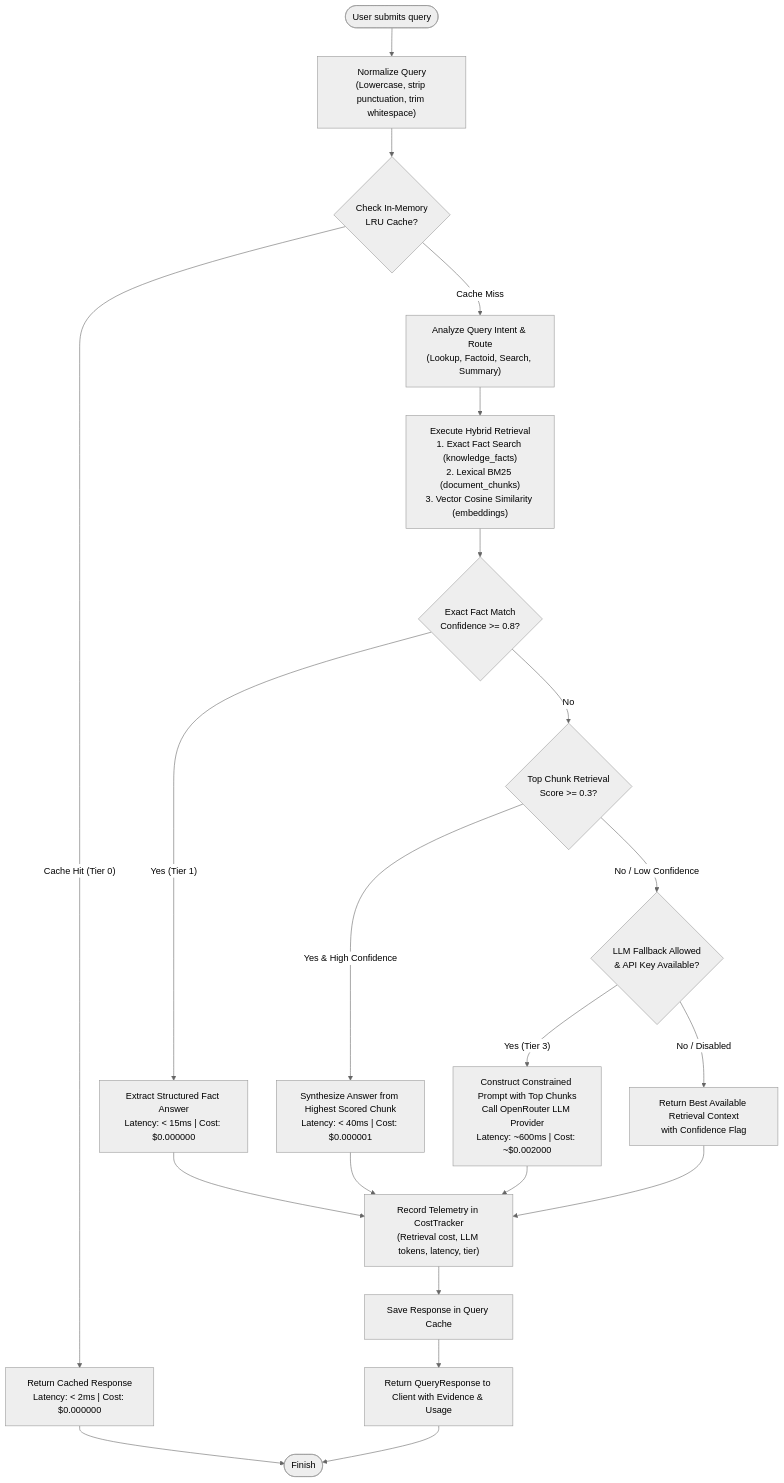
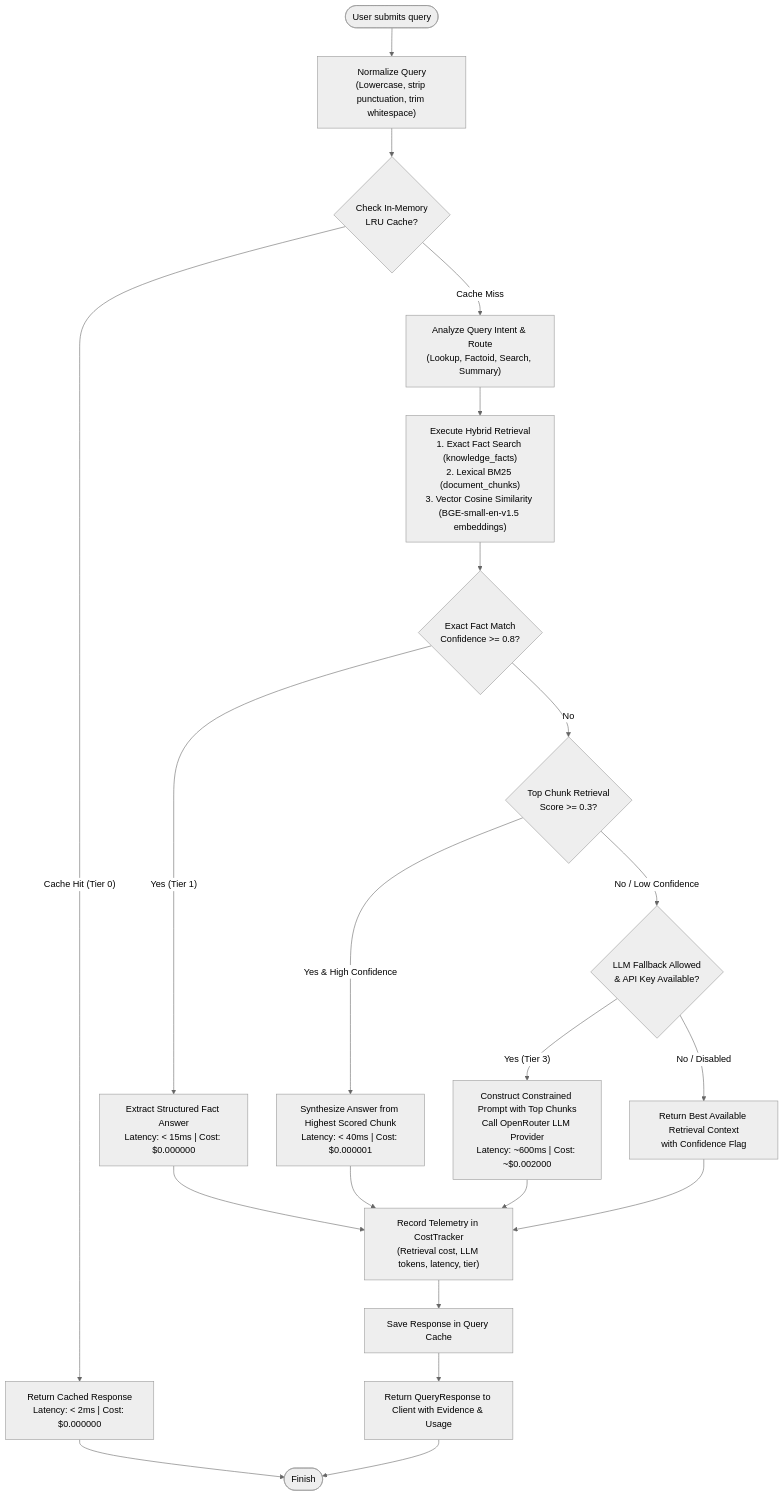
The second of 3 diagrams in flow.md (SONAWANE-SUSHANT/cost-aware-knowledge-engine), drawn with Mermaid (neutral theme) before and after one commit. The commit also changed other lines of this file and 14 other files, not shown here.

Commit message:
feat: add BAAI/bge-small-en-v1.5 embeddings, update documentation, and polish frontend UI

````diff
--- a/flow.md
+++ b/flow.md
@@ -74,35 +74,35 @@
 ```mermaid
 flowchart TD
     Start(["User submits query"]) --> Normalize["Normalize Query<br/>(Lowercase, strip punctuation, trim whitespace)"]
     Normalize --> CacheCheck{"Check In-Memory<br/>LRU Cache?"}
 
     %% Tier 0: Cache Hit
     CacheCheck -- "Cache Hit (Tier 0)" --> ReturnCache["Return Cached Response<br/>Latency: < 2ms | Cost: $0.000000"]
     ReturnCache --> End(["Finish"])
 
     %% Tier 1: Deterministic Fact Extraction
     CacheCheck -- "Cache Miss" --> AnalyzeRoute["Analyze Query Intent & Route<br/>(Lookup, Factoid, Search, Summary)"]
-    AnalyzeRoute --> Retrieve["Execute Hybrid Retrieval<br/>1. Exact Fact Search (knowledge_facts)<br/>2. Lexical BM25 (document_chunks)<br/>3. Vector Cosine Similarity (embeddings)"]
+    AnalyzeRoute --> Retrieve["Execute Hybrid Retrieval<br/>1. Exact Fact Search (knowledge_facts)<br/>2. Lexical BM25 (document_chunks)<br/>3. Vector Cosine Similarity (BGE-small-en-v1.5 embeddings)"]
     
     Retrieve --> Deterministic{"Exact Fact Match<br/>Confidence >= 0.8?"}
     Deterministic -- "Yes (Tier 1)" --> ExtractFact["Extract Structured Fact Answer<br/>Latency: < 15ms | Cost: $0.000000"]
     
     %% Tier 2: Hybrid Retrieval Selection
     Deterministic -- "No" --> ScoreRetrieved{"Top Chunk Retrieval<br/>Score >= 0.3?"}
     ScoreRetrieved -- "Yes & High Confidence" --> ExtractPassage["Synthesize Answer from Highest Scored Chunk<br/>Latency: < 40ms | Cost: $0.000001"]
 
     %% Tier 3: LLM Fallback
     ScoreRetrieved -- "No / Low Confidence" --> CheckLLM{"LLM Fallback Allowed<br/>& API Key Available?"}
     CheckLLM -- "Yes (Tier 3)" --> PromptLLM["Construct Constrained Prompt with Top Chunks<br/>Call OpenRouter LLM Provider<br/>Latency: ~600ms | Cost: ~$0.002000"]
     CheckLLM -- "No / Disabled" --> GracefulFail["Return Best Available Retrieval Context<br/>with Confidence Flag"]
 
     %% Final aggregation
     ExtractFact --> CostRecord["Record Telemetry in CostTracker<br/>(Retrieval cost, LLM tokens, latency, tier)"]
     ExtractPassage --> CostRecord
     PromptLLM --> CostRecord
     GracefulFail --> CostRecord
 
     CostRecord --> StoreCache["Save Response in Query Cache"]
     StoreCache --> ReturnResponse["Return QueryResponse to Client with Evidence & Usage"]
     ReturnResponse --> End
 ```
````
